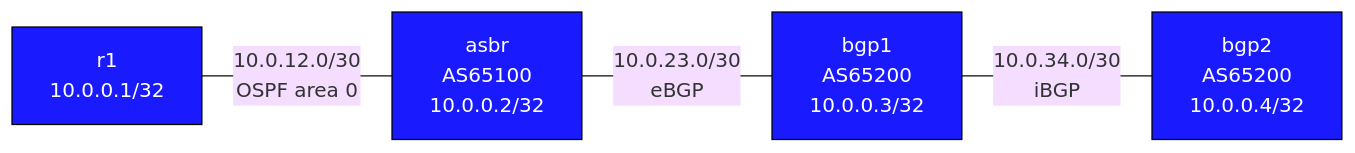
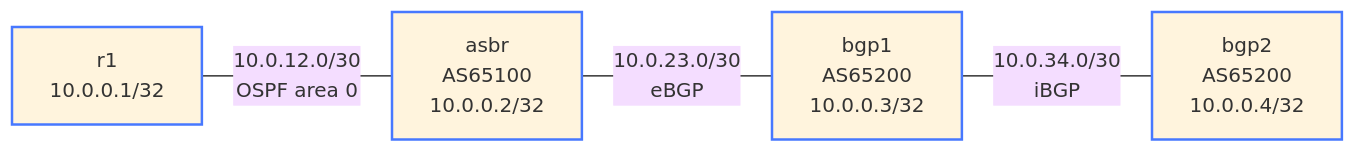
Before and after one commit to jschless/networkingLabs: the diagram in labs/debug-ospf-bgp-redist/README.md, drawn with Mermaid (base theme). The commit also changed 250 other files, not shown here.

Commit message:
Fix unreadable topology diagrams, convert ASCII art, publish assessments (#57)

````diff
--- a/labs/debug-ospf-bgp-redist/README.md
+++ b/labs/debug-ospf-bgp-redist/README.md
@@ -26,14 +26,14 @@
 ```mermaid
 flowchart LR
-    r1["r1\n10.0.0.1/32"]
-    asbr["asbr\nAS65100\n10.0.0.2/32"]
-    bgp1["bgp1\nAS65200\n10.0.0.3/32"]
-    bgp2["bgp2\nAS65200\n10.0.0.4/32"]
+    r1["r1<br/>10.0.0.1/32"]
+    asbr["asbr<br/>AS65100<br/>10.0.0.2/32"]
+    bgp1["bgp1<br/>AS65200<br/>10.0.0.3/32"]
+    bgp2["bgp2<br/>AS65200<br/>10.0.0.4/32"]
 
-    r1 -- "10.0.12.0/30\nOSPF area 0" --- asbr
-    asbr -- "10.0.23.0/30\neBGP" --- bgp1
-    bgp1 -- "10.0.34.0/30\niBGP" --- bgp2
+    r1 -- "10.0.12.0/30<br/>OSPF area 0" --- asbr
+    asbr -- "10.0.23.0/30<br/>eBGP" --- bgp1
+    bgp1 -- "10.0.34.0/30<br/>iBGP" --- bgp2
 
-    classDef router fill:#1a1aff,color:#fff,stroke:#000
+    classDef router stroke:#4778ff,stroke-width:2px
     class r1,asbr,bgp1,bgp2 router
 ```
````
